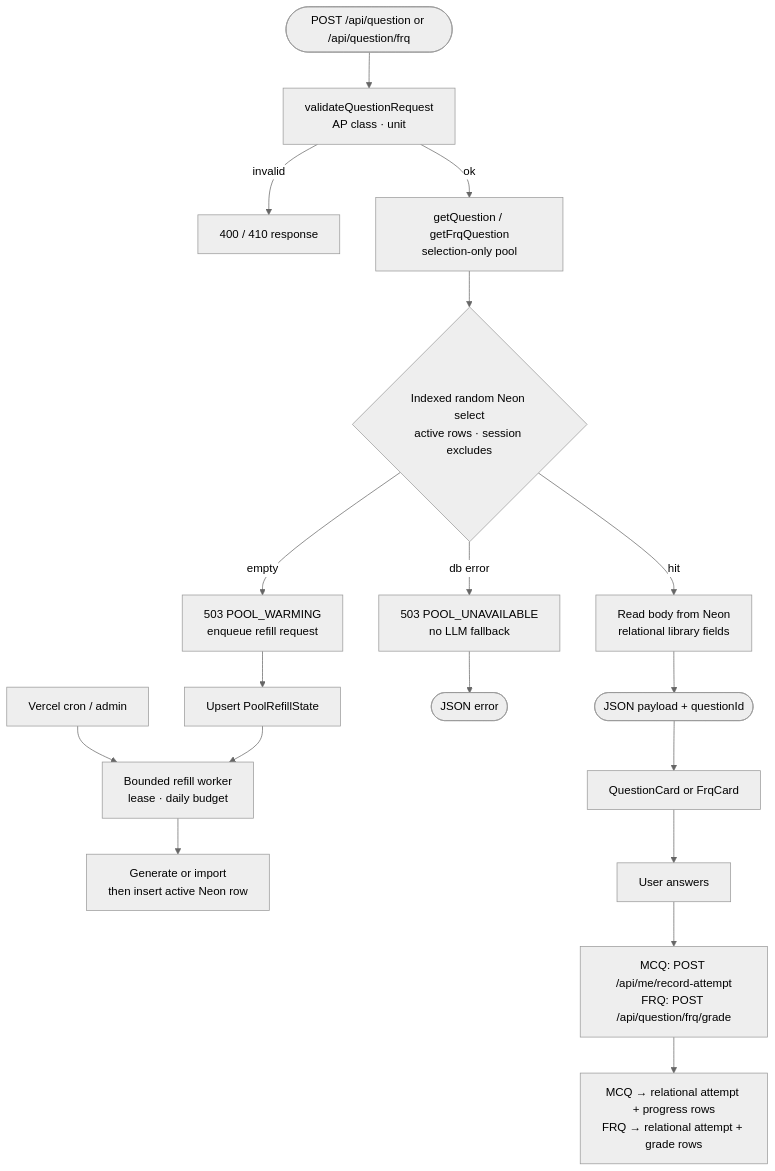
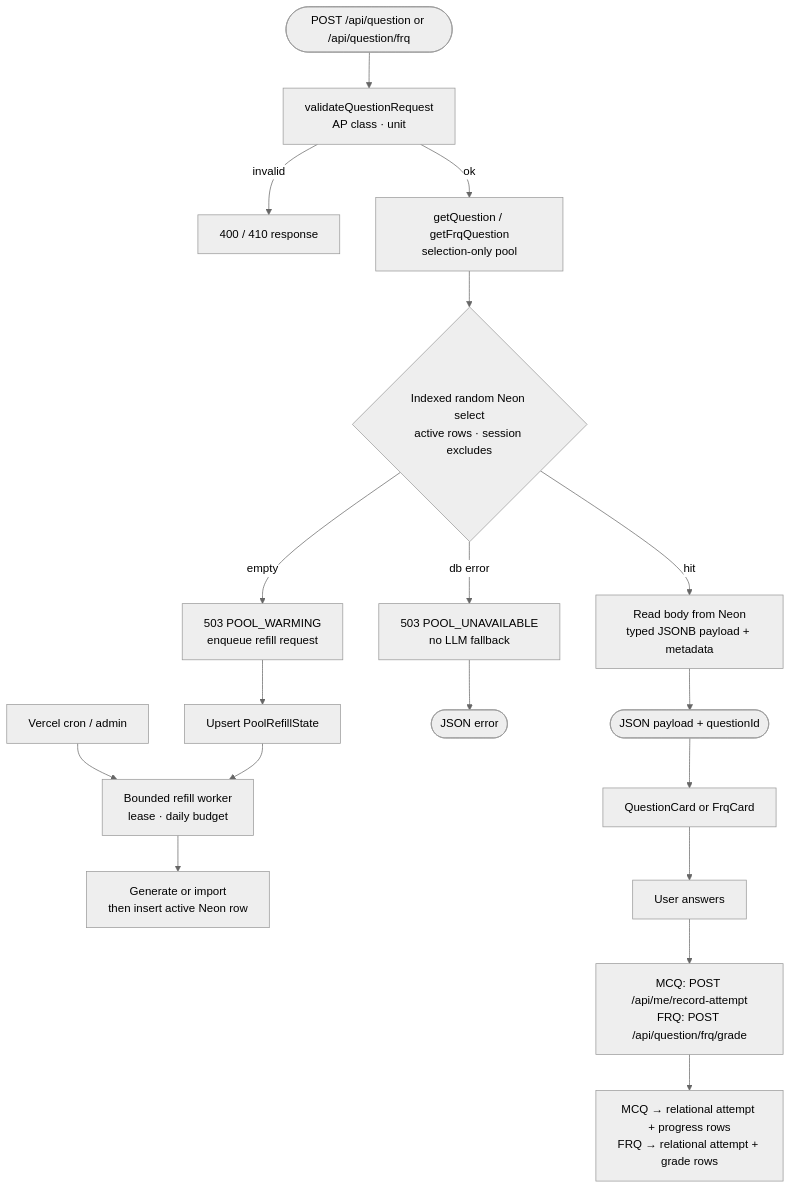
Before and after one commit to 5cisummai/freeappractice: the fourth of 7 diagrams in docs/architecture.md, drawn with Mermaid (neutral theme). The commit also changed other lines of this file and 45 other files, not shown here.

Commit message:
update the question schema to be flexible, the restructuring of the question schema data

````diff
--- a/docs/architecture.md
+++ b/docs/architecture.md
@@ -186,24 +186,24 @@
 ```mermaid
 flowchart TD
     Start(["POST /api/question or /api/question/frq"]) --> Validate["validateQuestionRequest<br/>AP class · unit"]
     Validate -->|invalid| Err400["400 / 410 response"]
     Validate -->|ok| Pool["getQuestion / getFrqQuestion<br/>selection-only pool"]
 
     Pool --> Select{"Indexed random Neon select<br/>active rows · session excludes"}
-    Select -->|hit| LoadInline["Read body from Neon<br/>relational library fields"]
+    Select -->|hit| LoadInline["Read body from Neon<br/>typed JSONB payload + metadata"]
     Select -->|empty| Warming["503 POOL_WARMING<br/>enqueue refill request"]
     Select -->|db error| Unavailable["503 POOL_UNAVAILABLE<br/>no LLM fallback"]
 
     LoadInline --> Return(["JSON payload + questionId"])
     Warming --> RefillReq["Upsert PoolRefillState"]
     Unavailable --> ReturnErr(["JSON error"])
 
     Cron["Vercel cron / admin"] --> Worker["Bounded refill worker<br/>lease · daily budget"]
     RefillReq --> Worker
     Worker --> NeonInsert["Generate or import<br/>then insert active Neon row"]
 
     Return --> UI["QuestionCard or FrqCard"]
     UI --> Attempt["User answers"]
     Attempt --> Record["MCQ: POST /api/me/record-attempt<br/>FRQ: POST /api/question/frq/grade"]
     Record --> Profile["MCQ → relational attempt + progress rows<br/>FRQ → relational attempt + grade rows"]
 ```
````
